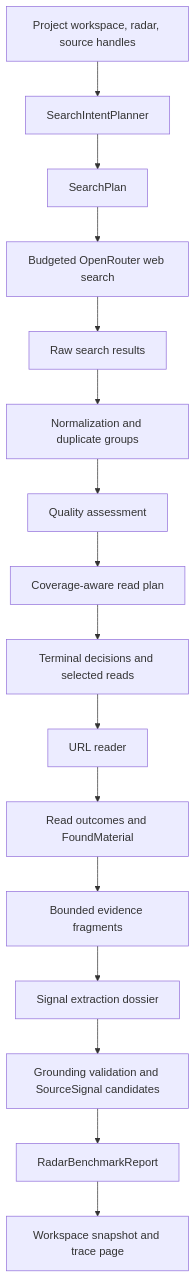
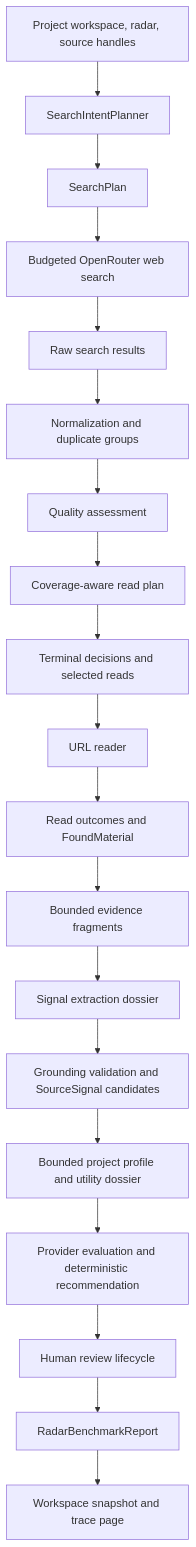
One commit to mudrezzz/glavred changed the diagram in docs/architecture/RADAR_RUN_PIPELINE_AS_IS.md. Above: the diagram before and after it, drawn with Mermaid. The commit also changed other lines of this file and 121 other files, not shown here.

````diff
--- a/docs/architecture/RADAR_RUN_PIPELINE_AS_IS.md
+++ b/docs/architecture/RADAR_RUN_PIPELINE_AS_IS.md
@@ -84,18 +89,21 @@
 ```mermaid
 flowchart TD
     A[Project workspace, radar, source handles] --> B[SearchIntentPlanner]
     B --> C[SearchPlan]
     C --> D[Budgeted OpenRouter web search]
     D --> E[Raw search results]
     E --> F[Normalization and duplicate groups]
     F --> G[Quality assessment]
     G --> H[Coverage-aware read plan]
     H --> I[Terminal decisions and selected reads]
     I --> J[URL reader]
     J --> K[Read outcomes and FoundMaterial]
     K --> L[Bounded evidence fragments]
     L --> M[Signal extraction dossier]
     M --> N[Grounding validation and SourceSignal candidates]
-    N --> O[RadarBenchmarkReport]
-    O --> P[Workspace snapshot and trace page]
+    N --> O[Bounded project profile and utility dossier]
+    O --> P[Provider evaluation and deterministic recommendation]
+    P --> Q[Human review lifecycle]
+    Q --> R[RadarBenchmarkReport]
+    R --> S[Workspace snapshot and trace page]
 ```
````
